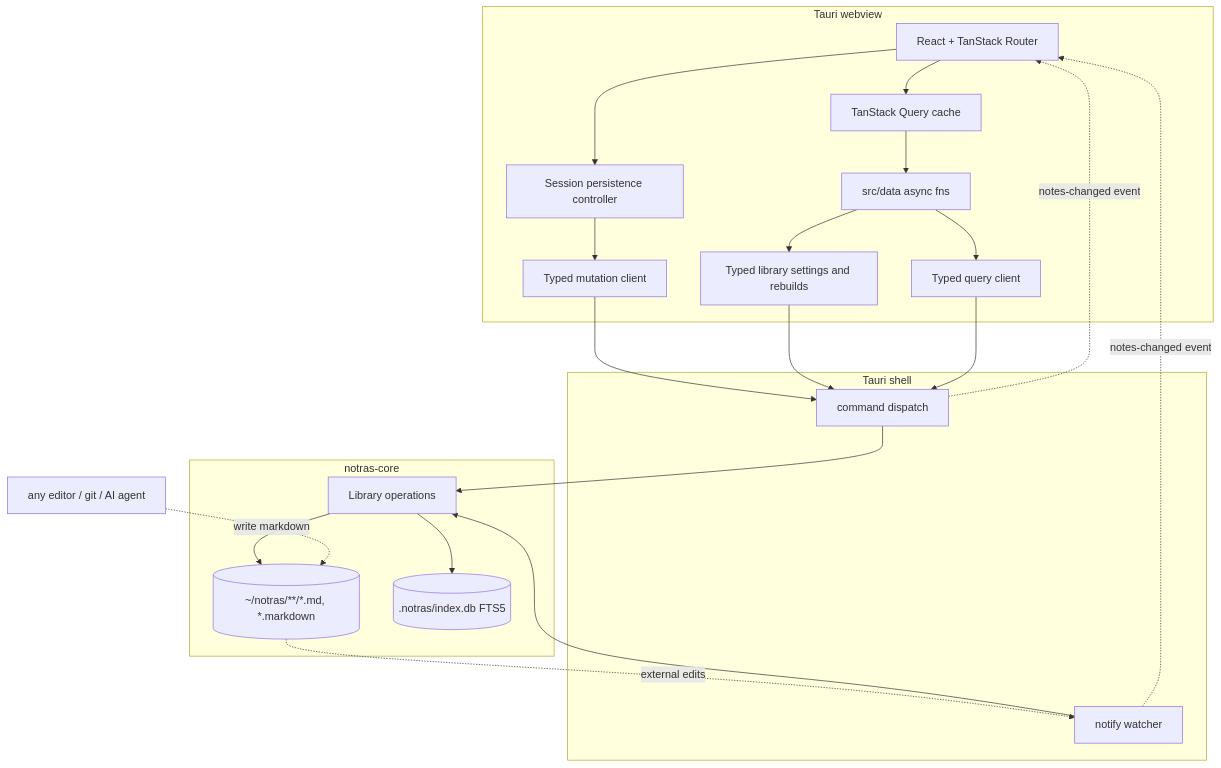
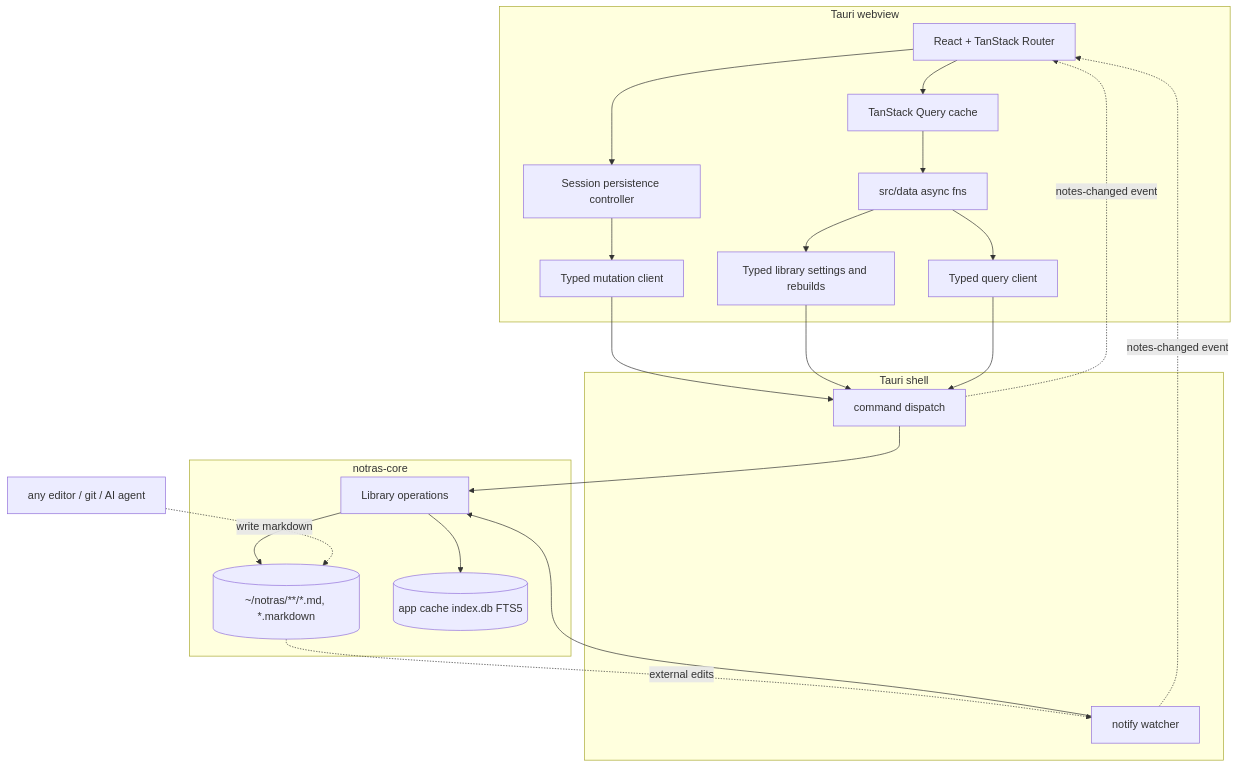
The diagram in ARCHITECTURE.md (jimmy-guzman/notras), drawn with Mermaid before and after one commit. The commit also changed other lines of this file and 17 other files, not shown here.

````diff
--- a/ARCHITECTURE.md
+++ b/ARCHITECTURE.md
@@ -24,32 +24,32 @@
 ```mermaid
 flowchart TD
     subgraph webview [Tauri webview]
         UI[React + TanStack Router] --> Query[TanStack Query cache]
         UI --> Persistence[Session persistence controller]
         Persistence --> Mutations[Typed mutation client]
         Query --> Data[src/data async fns]
         Data --> Reads[Typed query client]
         Data --> Library[Typed library settings and rebuilds]
     end
 
     subgraph shell [Tauri shell]
         Commands[command dispatch]
         Watcher[notify watcher]
     end
 
     subgraph engine [notras-core]
         Operations[Library operations] --> Files[(~/notras/**/*.md, *.markdown)]
-        Operations --> IndexDb[(.notras/index.db FTS5)]
+        Operations --> IndexDb[(app cache index.db FTS5)]
     end
 
     Commands --> Operations
     Watcher --> Operations
     Files -.external edits.-> Watcher
 
     Mutations --> Commands
     Library --> Commands
     Reads --> Commands
     Agents[any editor / git / AI agent] -.write markdown.-> Files
     Commands -. notes-changed event .-> UI
     Watcher -. notes-changed event .-> UI
 ```
````
